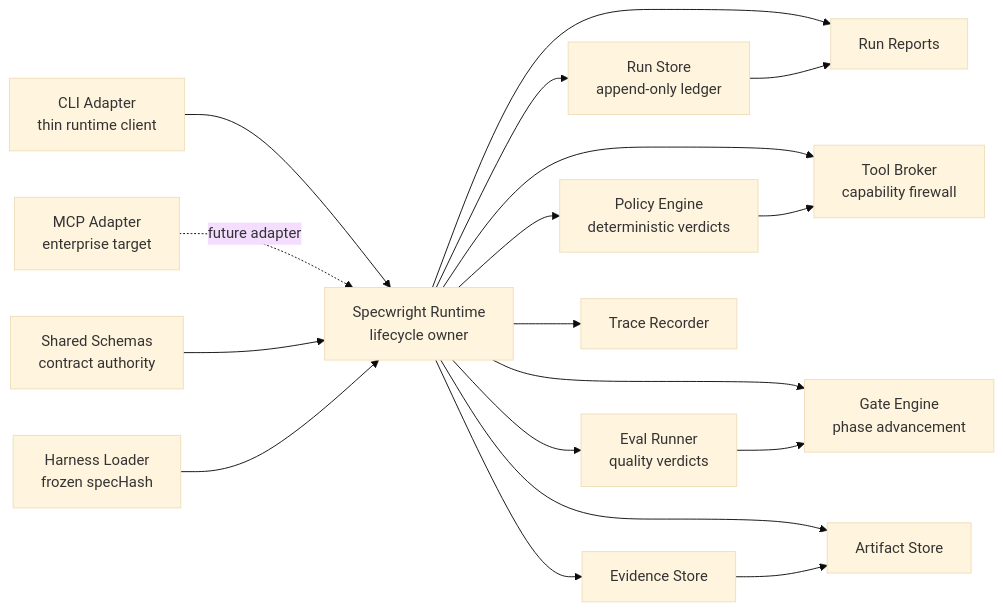
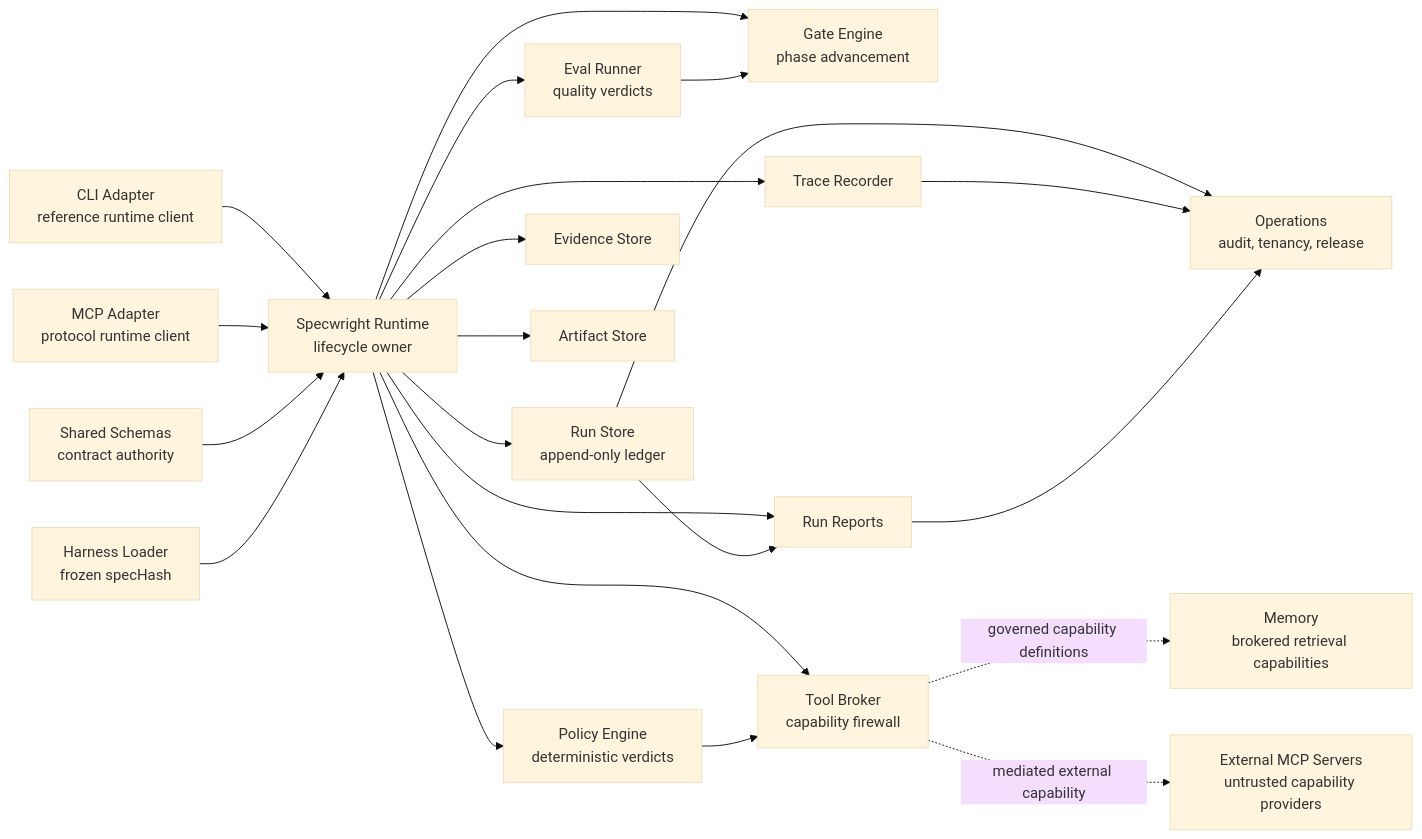
One commit to NikolaCehic/Specwright changed the second of 3 diagrams in README.md. Above: the diagram before and after it, drawn with Mermaid (base theme). The commit also changed other lines of this file, not shown here.

````diff
--- a/README.md
+++ b/README.md
@@ -71,35 +80,42 @@
 ```mermaid
 flowchart LR
-  CLI["CLI Adapter<br/>thin runtime client"]
-  MCP["MCP Adapter<br/>enterprise target"]
+  CLI["CLI Adapter<br/>reference runtime client"]
+  MCP["MCP Adapter<br/>protocol runtime client"]
   Runtime["Specwright Runtime<br/>lifecycle owner"]
   Schemas["Shared Schemas<br/>contract authority"]
   Loader["Harness Loader<br/>frozen specHash"]
   Store["Run Store<br/>append-only ledger"]
   Policy["Policy Engine<br/>deterministic verdicts"]
   Gates["Gate Engine<br/>phase advancement"]
   Broker["Tool Broker<br/>capability firewall"]
   Evals["Eval Runner<br/>quality verdicts"]
   Evidence["Evidence Store"]
   Artifacts["Artifact Store"]
   Trace["Trace Recorder"]
   Reports["Run Reports"]
+  Ops["Operations<br/>audit, tenancy, release"]
+  Memory["Memory<br/>brokered retrieval capabilities"]
+  External["External MCP Servers<br/>untrusted capability providers"]
 
   CLI --> Runtime
-  MCP -. future adapter .-> Runtime
+  MCP --> Runtime
   Schemas --> Runtime
   Loader --> Runtime
   Runtime --> Store
   Runtime --> Policy
   Runtime --> Gates
   Runtime --> Broker
   Runtime --> Evals
   Runtime --> Evidence
   Runtime --> Artifacts
   Runtime --> Trace
   Runtime --> Reports
   Store --> Reports
-  Evidence --> Artifacts
+  Store --> Ops
+  Trace --> Ops
+  Reports --> Ops
   Policy --> Broker
   Evals --> Gates
+  Broker -. governed capability definitions .-> Memory
+  Broker -. mediated external capability .-> External
 ```
````
